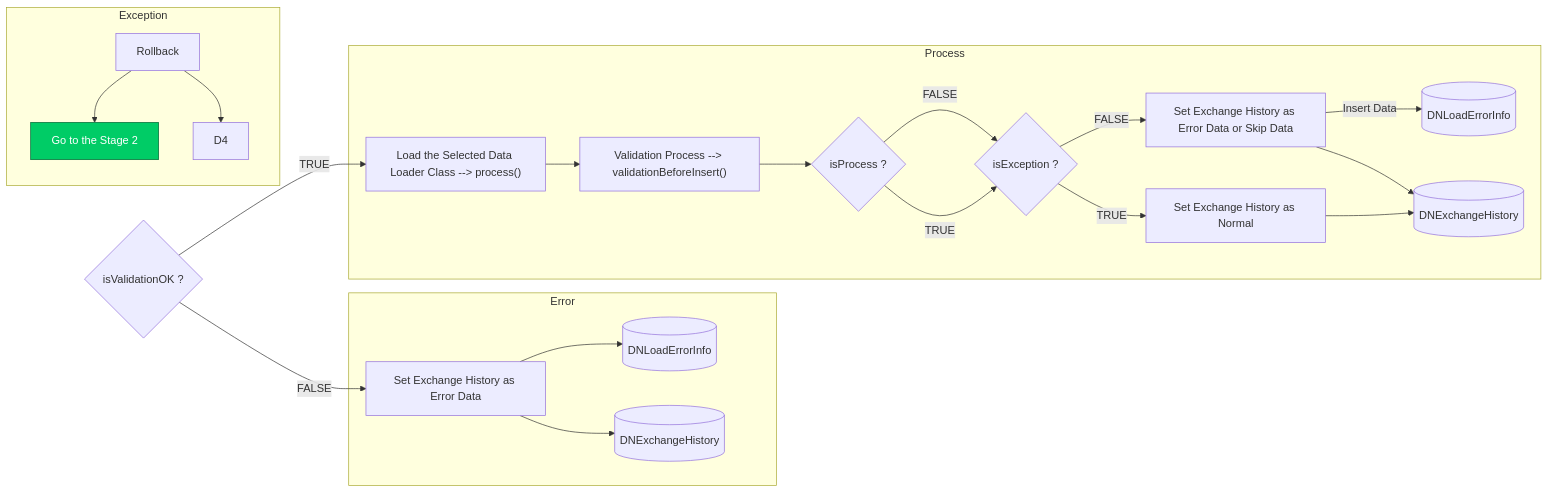
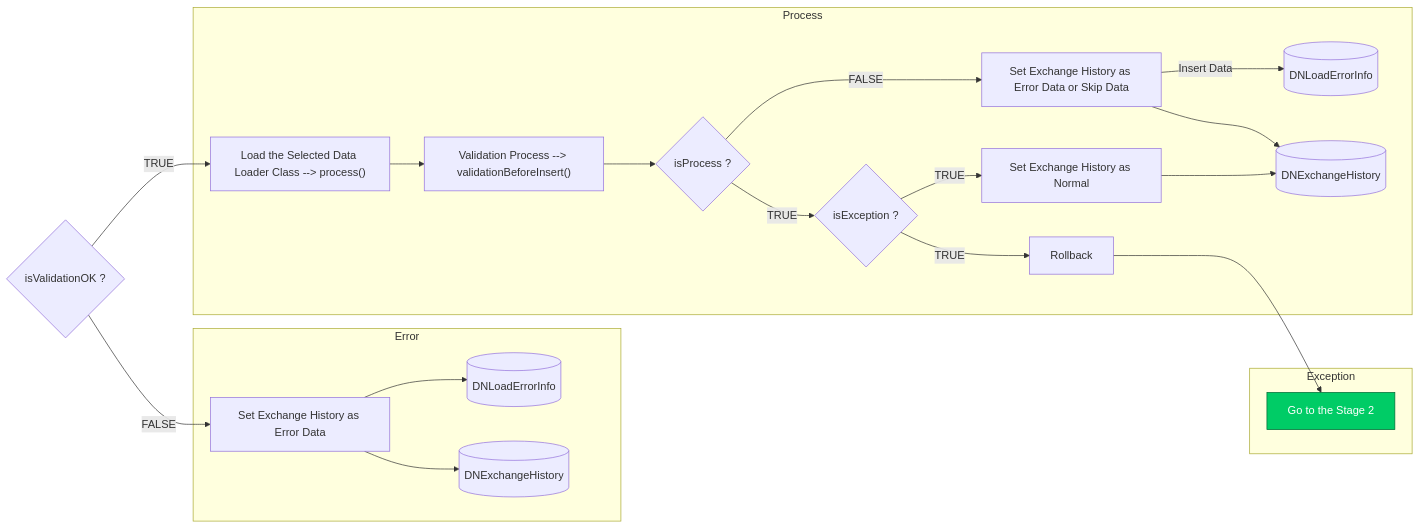
Before and after one commit to luthfiadityaa/SimeDarby-Wiki: the ninth of 9 diagrams in Basic-Design/Host-Interfaces.md, drawn with Mermaid.

Commit message:
Updated Host Interfaces

```diff
--- a/Basic-Design/Host-Interfaces.md
+++ b/Basic-Design/Host-Interfaces.md
@@ -712,41 +712,40 @@
 ::: mermaid
 flowchart LR
 Cond1{"isValidationOK ?"}
 Cond1 --> |TRUE| B2
 Cond1 --> |FALSE| C2
 
 subgraph Error
  C2 --> C3 
  C2 --> C4
  C4[(DNExchangeHistory)]
  C3[(DNLoadErrorInfo)]
  C2["Set Exchange History as Error Data"] 
 end
 
 subgraph Process
  B2 --> B3 --> Cond2
  Cond2{"isProcess ?"}
  Cond3{"isException ?"}
  B2["Load the Selected Data Loader Class --> process()"]
  B3["Validation Process --> validationBeforeInsert()"]
  B4["Set Exchange History as Error Data or Skip Data"]
  B5["Set Exchange History as Normal"]
  B6[(DNLoadErrorInfo)]
  B7[(DNExchangeHistory)]
- Cond2 --> |FALSE| Cond3 
- Cond3 --> |FALSE| B4 --> |Insert Data| B6
+ Cond2 --> |FALSE| B4 --> |Insert Data| B6
  B4 --> B7
  Cond2 --> |TRUE| Cond3
  Cond3 --> |TRUE| B5 --> B7
+ Cond3 --> |TRUE| D2
 end 
 
 subgraph Exception
  D2 --> D3 
- D2 --> D4
  D2["Rollback"]
  D3["Go to the Stage 2"] 
 end
 
 click D3 "https://dev.azure.com/Daifuku-SW/ID_SimeDarbyPlantation/_wiki/wikis/ID_SimeDarbyPlantation.wiki/833/Host-Interfaces?anchor=stage-3"
 style D3 fill:#00cc66,stroke:#006633,color:#ffffff
 :::
```
